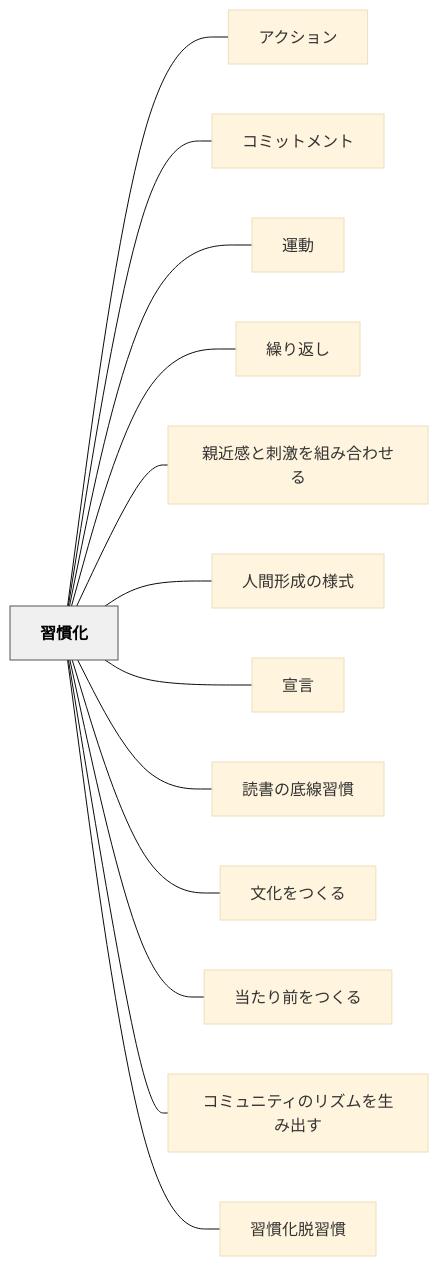
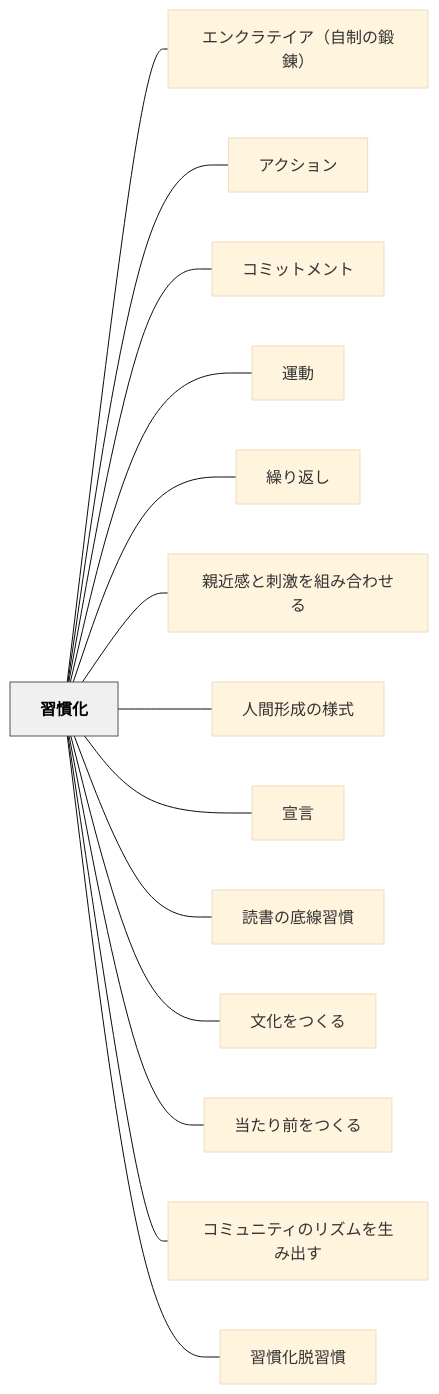
Before and after one commit to unknownthings-ed-patterns/unknownthings-ed-patterns: the diagram in content/パタン/習慣化.md, drawn with Mermaid (base theme). The commit also changed other lines of this file and 19 other files, not shown here.

````diff
--- a/content/パタン/習慣化.md
+++ b/content/パタン/習慣化.md
@@ -45,32 +45,34 @@
 ```mermaid
 flowchart LR
     ne7bf92e685a3e58c96["習慣化"]
+    ne382a8e383b3e382afe383a9e38386e382a4e382a2efbc88e887aae588b6e381aee98d9be98cacefbc89["エンクラテイア（自制の鍛錬）"]
     ne382a2e382afe382b7e383a7e383b3["アクション"]
     ne382b3e3839fe38383e38388e383a1e383b3e38388["コミットメント"]
     ne9818be58b95["運動"]
     ne7b9b0e3828ae8bf94e38197["繰り返し"]
     ne8a6aae8bf91e6849fe381a8e588bae6bf80e38292e7b584e381bfe59088e3828fe3819be3828b["親近感と刺激を組み合わせる"]
     ne4babae99693e5bda2e68890e381aee6a798e5bc8f["人間形成の様式"]
     ne5aea3e8a880["宣言"]
     ne8aaade69bb8e381aee5ba95e7b79ae7bf92e685a3["読書の底線習慣"]
     ne69687e58c96e38292e381a4e3818fe3828b["文化をつくる"]
     ne5bd93e3819fe3828ae5898de38292e381a4e3818fe3828b["当たり前をつくる"]
     ne382b3e3839fe383a5e3838be38386e382a3e381aee383aae382bae383a0e38292e7949fe381bfe587bae38199["コミュニティのリズムを生み出す"]
     ne7bf92e685a3e58c96e884b1e7bf92e685a3["習慣化脱習慣"]
 
+    ne7bf92e685a3e58c96 --- ne382a8e383b3e382afe383a9e38386e382a4e382a2efbc88e887aae588b6e381aee98d9be98cacefbc89
     ne7bf92e685a3e58c96 --- ne382a2e382afe382b7e383a7e383b3
     ne7bf92e685a3e58c96 --- ne382b3e3839fe38383e38388e383a1e383b3e38388
     ne7bf92e685a3e58c96 --- ne9818be58b95
     ne7bf92e685a3e58c96 --- ne7b9b0e3828ae8bf94e38197
     ne7bf92e685a3e58c96 --- ne8a6aae8bf91e6849fe381a8e588bae6bf80e38292e7b584e381bfe59088e3828fe3819be3828b
     ne7bf92e685a3e58c96 --- ne4babae99693e5bda2e68890e381aee6a798e5bc8f
     ne7bf92e685a3e58c96 --- ne5aea3e8a880
     ne7bf92e685a3e58c96 --- ne8aaade69bb8e381aee5ba95e7b79ae7bf92e685a3
     ne7bf92e685a3e58c96 --- ne69687e58c96e38292e381a4e3818fe3828b
     ne7bf92e685a3e58c96 --- ne5bd93e3819fe3828ae5898de38292e381a4e3818fe3828b
     ne7bf92e685a3e58c96 --- ne382b3e3839fe383a5e3838be38386e382a3e381aee383aae382bae383a0e38292e7949fe381bfe587bae38199
     ne7bf92e685a3e58c96 --- ne7bf92e685a3e58c96e884b1e7bf92e685a3
 
     classDef hub fill:#f0f0f0,stroke:#555,color:#000,font-weight:bold
     class ne7bf92e685a3e58c96 hub
 ```
````
